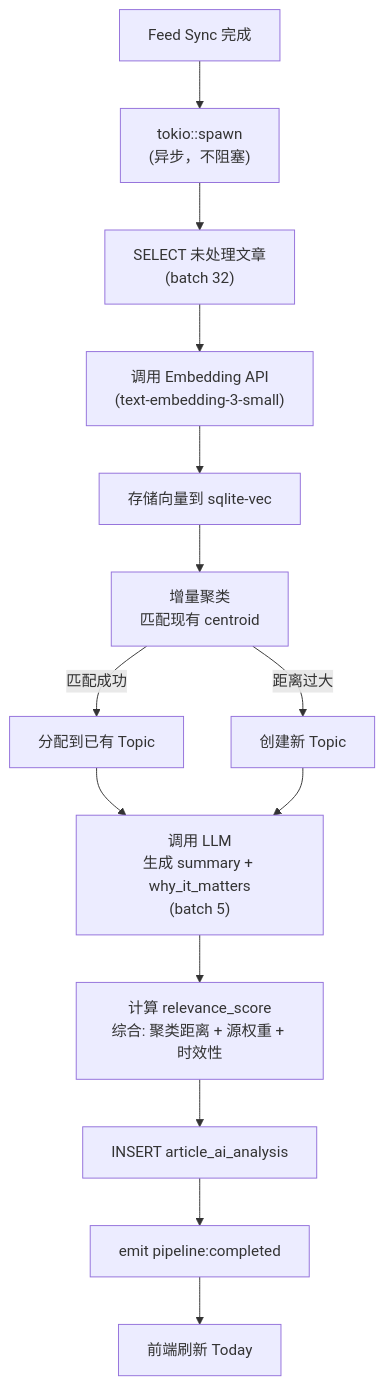
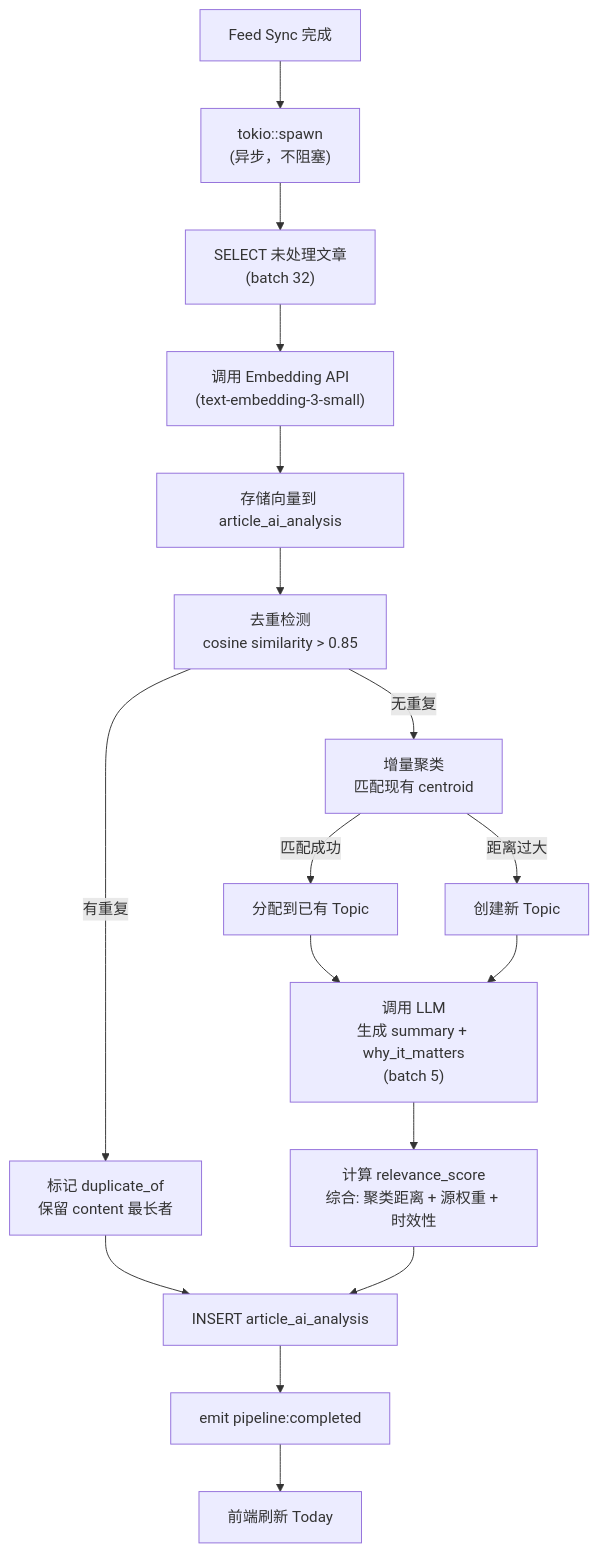
Diagram 13 of 15 in prd/technical-architecture-v0.1.md (zhanglun/lettura), drawn with Mermaid before and after one commit. The commit also changed other lines of this file and 2 other files, not shown here.

First line of the commit message:
docs: update PRD specs with dedup module and pipeline changes

````diff
--- a/prd/technical-architecture-v0.1.md
+++ b/prd/technical-architecture-v0.1.md
@@ -618,22 +623,27 @@
 ```mermaid
 flowchart TD
     Trigger["Feed Sync 完成"] --> Spawn["tokio::spawn<br/>(异步，不阻塞)"]
     Spawn --> Fetch["SELECT 未处理文章<br/>(batch 32)"]
 
     Fetch --> Embed["调用 Embedding API<br/>(text-embedding-3-small)"]
-    Embed --> StoreVec["存储向量到 sqlite-vec"]
+    Embed --> StoreVec["存储向量到 article_ai_analysis"]
 
-    StoreVec --> Cluster["增量聚类<br/>匹配现有 centroid"]
+    StoreVec --> Dedup["去重检测<br/>cosine similarity > 0.85"]
+    Dedup -->|"无重复"| Cluster
+    Dedup -->|"有重复"| MarkDup["标记 duplicate_of<br/>保留 content 最长者"]
+    MarkDup --> Store["重复文章跳过 LLM"]
+
+    Cluster["增量聚类<br/>匹配现有 centroid"]
     Cluster -->|"匹配成功"| AssignTopic["分配到已有 Topic"]
     Cluster -->|"距离过大"| NewTopic["创建新 Topic"]
 
     AssignTopic --> LLM
     NewTopic --> LLM
 
     LLM["调用 LLM<br/>生成 summary + why_it_matters<br/>(batch 5)"]
     LLM --> Rank["计算 relevance_score<br/>综合: 聚类距离 + 源权重 + 时效性"]
 
     Rank --> Store["INSERT article_ai_analysis"]
     Store --> Notify["emit pipeline:completed"]
     Notify --> UI["前端刷新 Today"]
 ```
````
